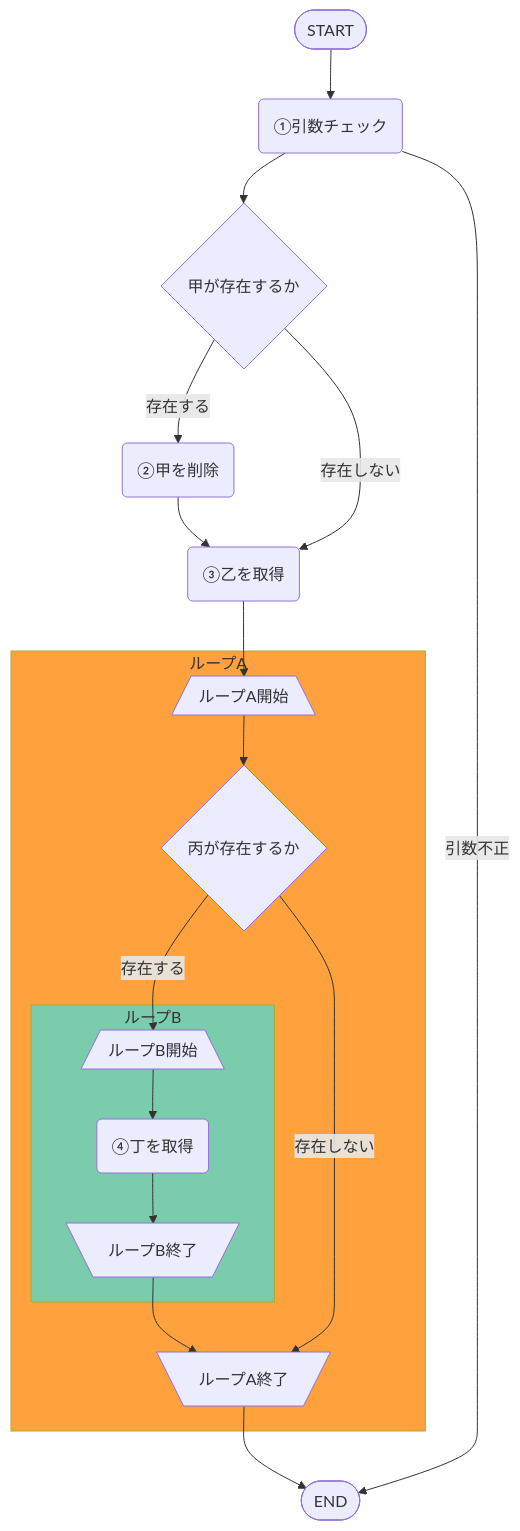
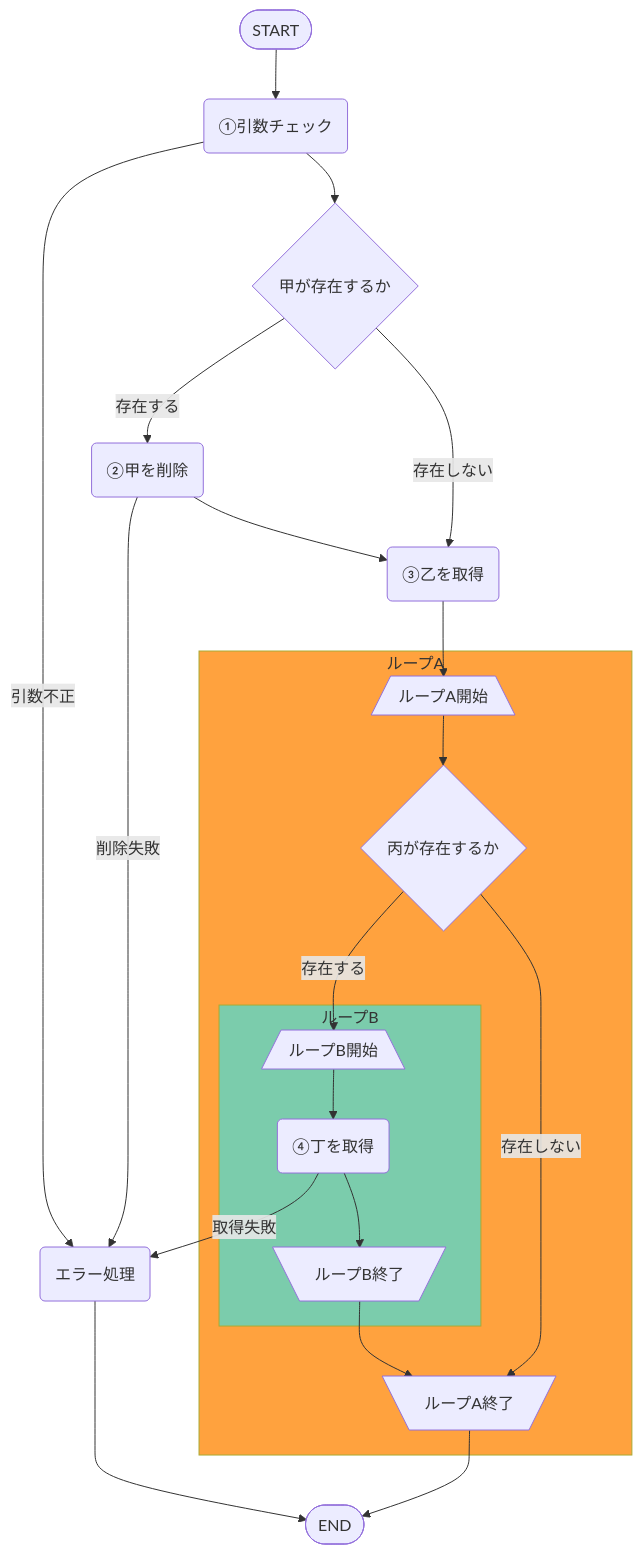
One commit to Kat-S/mermaid_test changed the diagram in フローチャート1.md. Above: the diagram before and after it, drawn with Mermaid.

````diff
--- a/フローチャート1.md
+++ b/フローチャート1.md
@@ -1,37 +1,41 @@
 ```mermaid
 graph TB
   start(["START"])
   node_1("①引数チェック")
   fork_1{"甲が存在するか"}
   node_2("②甲を削除")
   node_3("③乙を取得")
-  subgraph loop_1[ループA]
+  subgraph loop_1["ループA"]
     loop_1_start[/"ループA開始"\]
     loop_1_goal[\"ループA終了"/]
     fork_2{"丙が存在するか"}
-    subgraph loop_2[ループB]
+    subgraph loop_2["ループB"]
       loop_2_start[/"ループB開始"\]
       loop_2_goal[\"ループB終了"/]  
       node_4("④丁を取得")
     end
   end
+  error_1("エラー処理")    
   goal(["END"])
 
   style loop_1 fill:#ffa23e
   style loop_2 fill:#7BCCAC
 
   start --> node_1
+  node_1 --> | 引数不正 | error_1  
   node_1 --> fork_1
-  fork_1 --> | 存在する | node_2
+  fork_1 --> | 存在する | node_2   
+  node_2 --> | 削除失敗 | error_1  
   node_2 --> node_3
-  fork_1 --> | 存在しない | node_3
+  fork_1 --> | 存在しない | node_3   
   node_3 --> loop_1_start
   loop_1_start --> fork_2
   fork_2 --> | 存在する | loop_2_start
   loop_2_start --> node_4
+  node_4 --> | 取得失敗 | error_1    
   node_4 --> loop_2_goal
   loop_2_goal --> loop_1_goal
   fork_2 --> | 存在しない | loop_1_goal
-  loop_1_goal --> goal  
-  node_1 --> | 引数不正 | goal
+  loop_1_goal --> goal
+  error_1 --> goal
 ```
````
